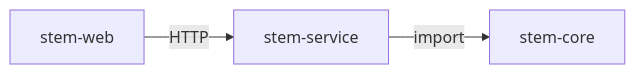
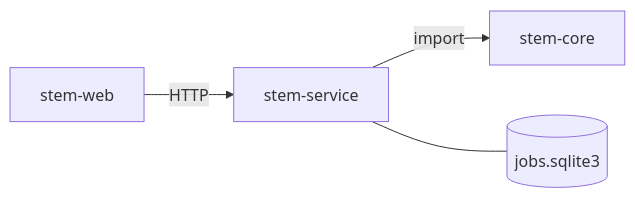
The diagram in docs/architecture-overview.md (martinmayer-tech/music-stems), drawn with Mermaid before and after one commit. The commit also changed other lines of this file and 11 other files, not shown here.

````diff
--- a/docs/architecture-overview.md
+++ b/docs/architecture-overview.md
@@ -21,5 +21,6 @@
 ```mermaid
 flowchart LR
     A[stem-web] -->|HTTP| B[stem-service]
     B -->|import| C[stem-core]
+    B --- D[(jobs.sqlite3)]
 ```
````
